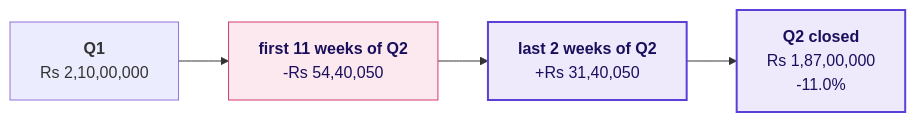
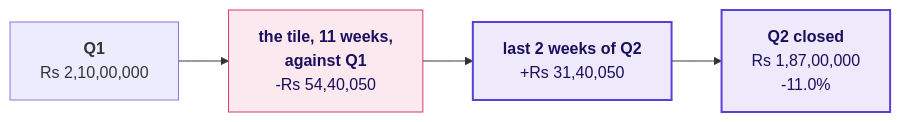
Diagram 11 of 34 in content/W01/D2/slides/C2_W01_D02_half1_STUDENT.md (fde-academy-lab/c2-content-factory), drawn with Mermaid before and after one commit. The commit also changed other lines of this file and 4 other files, not shown here.

````diff
--- a/content/W01/D2/slides/C2_W01_D02_half1_STUDENT.md
+++ b/content/W01/D2/slides/C2_W01_D02_half1_STUDENT.md
@@ -464,10 +466,10 @@
 ```mermaid
 flowchart LR
-    A["<b>Q1</b><br/>Rs 2,10,00,000"] --> B["<b>first 11 weeks of Q2</b><br/>-Rs 54,40,050"]
+    A["<b>Q1</b><br/>Rs 2,10,00,000"] --> B["<b>the tile, 11 weeks,<br/>against Q1</b><br/>-Rs 54,40,050"]
     B --> C["<b>last 2 weeks of Q2</b><br/>+Rs 31,40,050"]
     C --> D["<b>Q2 closed</b><br/>Rs 1,87,00,000<br/>-11.0%"]
     classDef bad fill:#FBE9EF,stroke:#D63A6A,color:#1A0F5C
     classDef known fill:#EEEAFB,stroke:#5B3FD6,color:#1A0F5C,stroke-width:2px
     class B bad
     class C,D known
 ```
````
